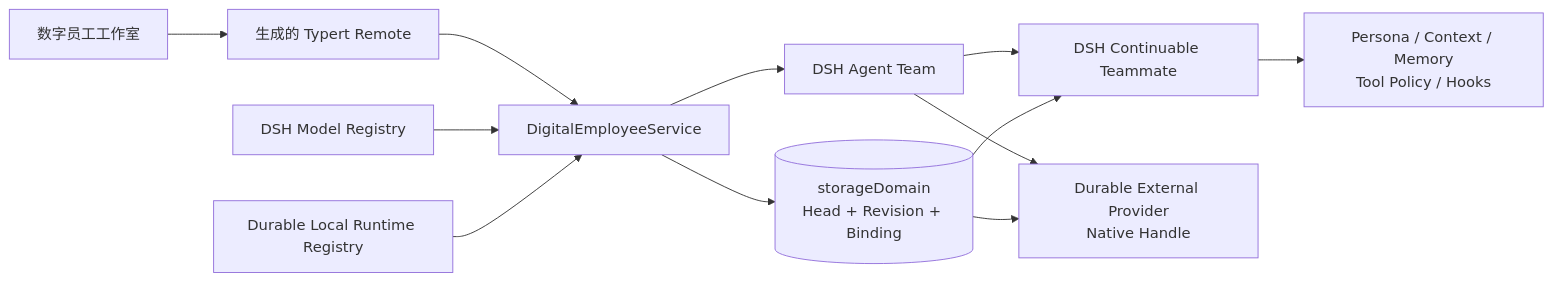
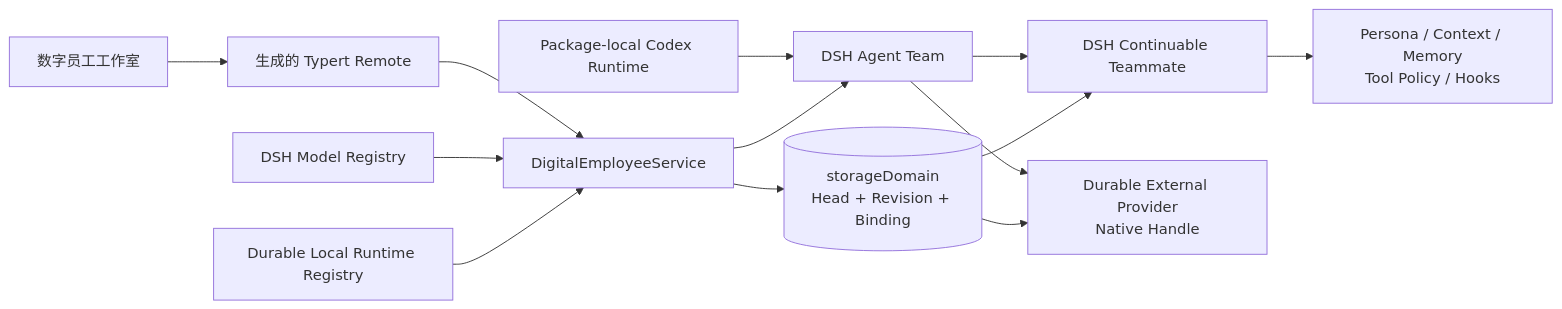
Before and after one commit to benz-ai-x/dsh-agent-team-ultra: the diagram in README.md, drawn with Mermaid. The commit also changed other lines of this file and 13 other files, not shown here.

First line of the commit message:
feat: activate durable Codex runtime backend

````diff
--- a/README.md
+++ b/README.md
@@ -19,14 +20,15 @@
 ```mermaid
 flowchart LR
   UI[数字员工工作室] --> RPC[生成的 Typert Remote]
   RPC --> HOST[DigitalEmployeeService]
   MODELS[DSH Model Registry] --> HOST
+  CODEX[Package-local Codex Runtime] --> TEAM
   LOCAL[Durable Local Runtime Registry] --> HOST
   HOST --> STORE[(storageDomain\nHead + Revision + Binding)]
   HOST --> TEAM[DSH Agent Team]
   TEAM --> CHILD[DSH Continuable Teammate]
   TEAM --> NATIVE[Durable External Provider\nNative Handle]
   STORE --> CHILD
   STORE --> NATIVE
   CHILD --> SCOPE[Persona / Context / Memory\nTool Policy / Hooks]
 ```
````
